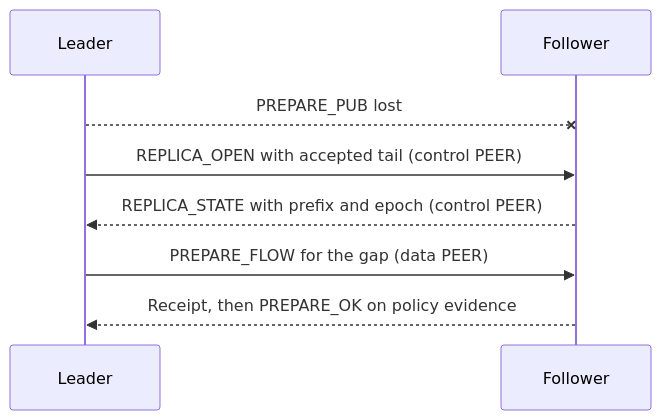
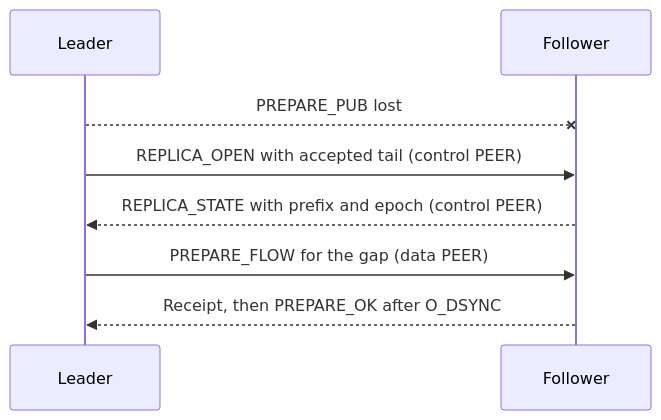
One commit to paddor/ozzy changed the first of 2 diagrams in doc/REPLICATION.md. Above: the diagram before and after it, drawn with Mermaid. The commit also changed other lines of this file and 194 other files, not shown here.

````diff
--- a/doc/REPLICATION.md
+++ b/doc/REPLICATION.md
@@ -78,10 +62,10 @@
 ```mermaid
 sequenceDiagram
     participant L as Leader
     participant F as Follower
     L--xF: PREPARE_PUB lost
     L->>F: REPLICA_OPEN with accepted tail (control PEER)
     F-->>L: REPLICA_STATE with prefix and epoch (control PEER)
     L->>F: PREPARE_FLOW for the gap (data PEER)
-    F-->>L: Receipt, then PREPARE_OK on policy evidence
+    F-->>L: Receipt, then PREPARE_OK after O_DSYNC
 ```
````
